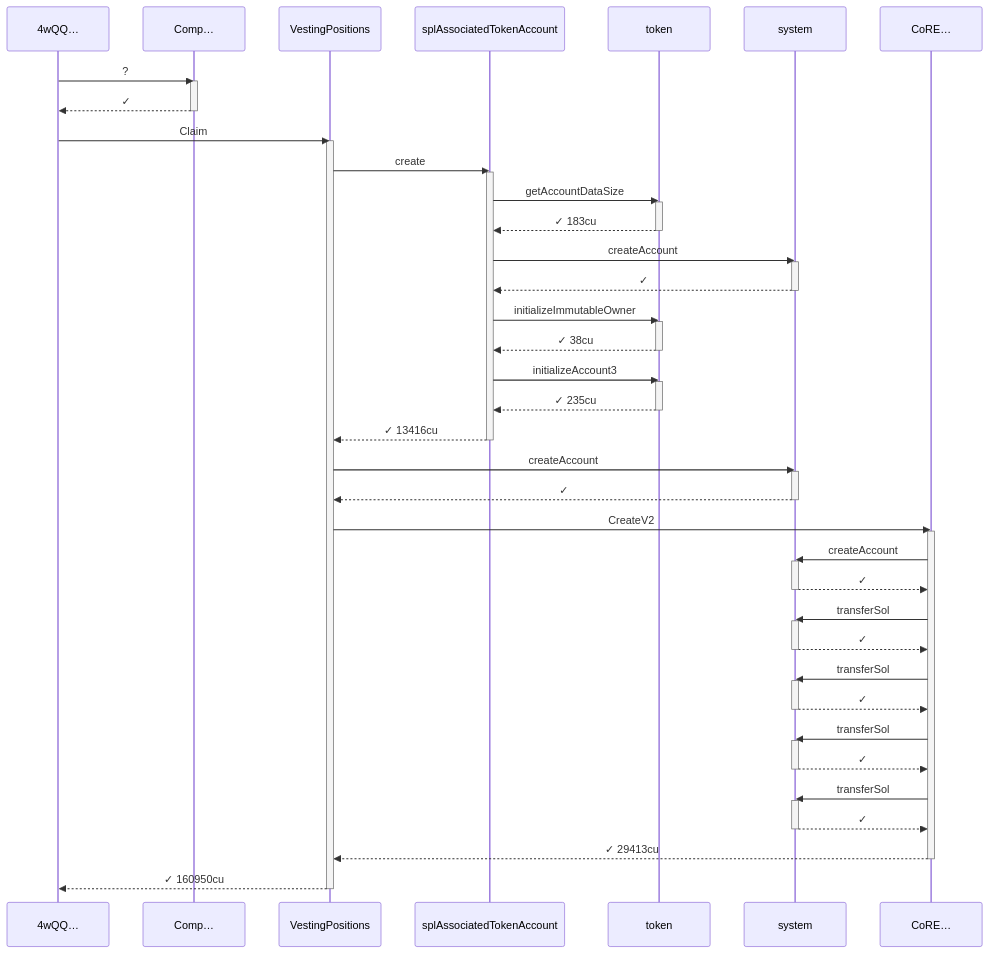
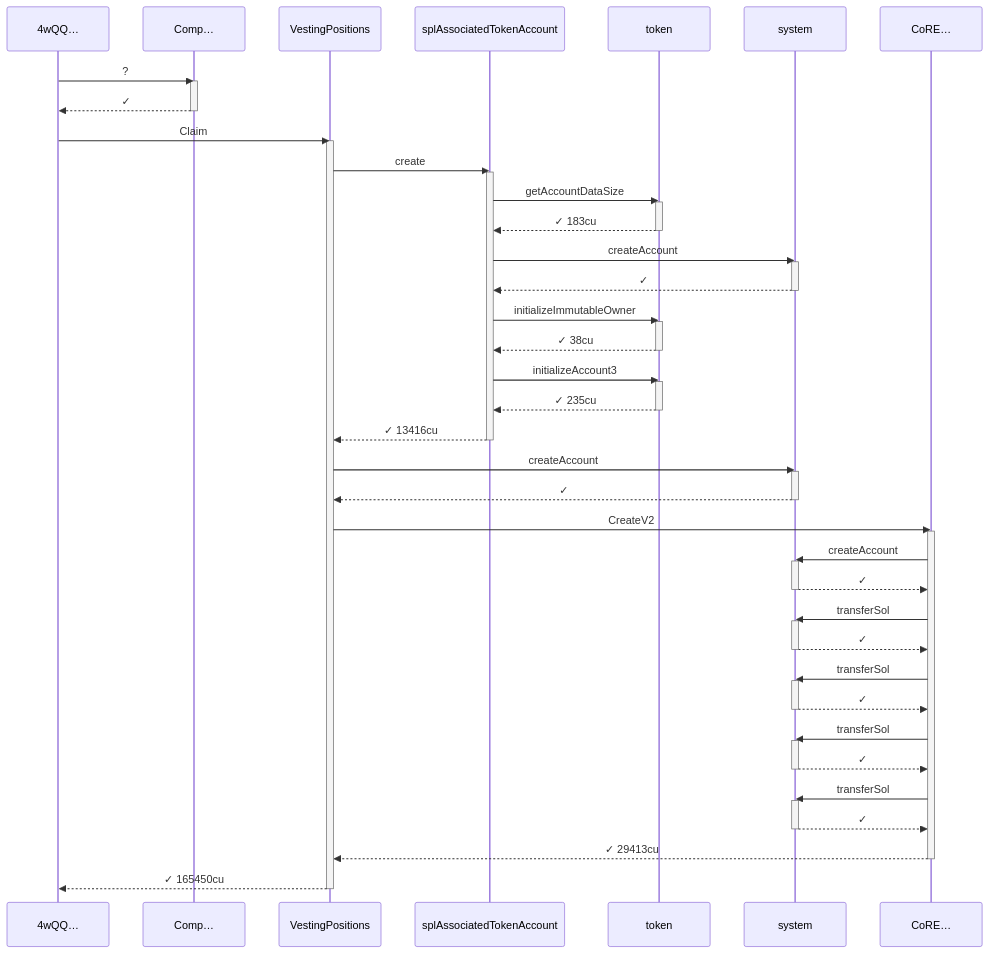
The fourth of 9 diagrams in babelfish-tests/test-report/pure_linear_starts_at_cliff_end.md (cds-turbin3/vesting-position), drawn with Mermaid before and after one commit. The commit also changed other lines of this file and 106 other files, not shown here.

````diff
--- a/babelfish-tests/test-report/pure_linear_starts_at_cliff_end.md
+++ b/babelfish-tests/test-report/pure_linear_starts_at_cliff_end.md
@@ -200,66 +208,66 @@
 ```mermaid
 sequenceDiagram
     participant p0 as 4wQQ…
     participant p1 as Comp…
     participant p2 as VestingPositions
     participant p3 as splAssociatedTokenAccount
     participant p4 as token
     participant p5 as system
     participant p6 as CoRE…
     p0->>p1: ?
     activate p1
     p1-->>p0: ✓
     deactivate p1
     p0->>p2: Claim
     activate p2
     p2->>p3: create
     activate p3
     p3->>p4: getAccountDataSize
     activate p4
     p4-->>p3: ✓ 183cu
     deactivate p4
     p3->>p5: createAccount
     activate p5
     p5-->>p3: ✓
     deactivate p5
     p3->>p4: initializeImmutableOwner
     activate p4
     p4-->>p3: ✓ 38cu
     deactivate p4
     p3->>p4: initializeAccount3
     activate p4
     p4-->>p3: ✓ 235cu
     deactivate p4
     p3-->>p2: ✓ 13416cu
     deactivate p3
     p2->>p5: createAccount
     activate p5
     p5-->>p2: ✓
     deactivate p5
     p2->>p6: CreateV2
     activate p6
     p6->>p5: createAccount
     activate p5
     p5-->>p6: ✓
     deactivate p5
     p6->>p5: transferSol
     activate p5
     p5-->>p6: ✓
     deactivate p5
     p6->>p5: transferSol
     activate p5
     p5-->>p6: ✓
     deactivate p5
     p6->>p5: transferSol
     activate p5
     p5-->>p6: ✓
     deactivate p5
     p6->>p5: transferSol
     activate p5
     p5-->>p6: ✓
     deactivate p5
     p6-->>p2: ✓ 29413cu
     deactivate p6
-    p2-->>p0: ✓ 160950cu
+    p2-->>p0: ✓ 165450cu
     deactivate p2
 ```
````
